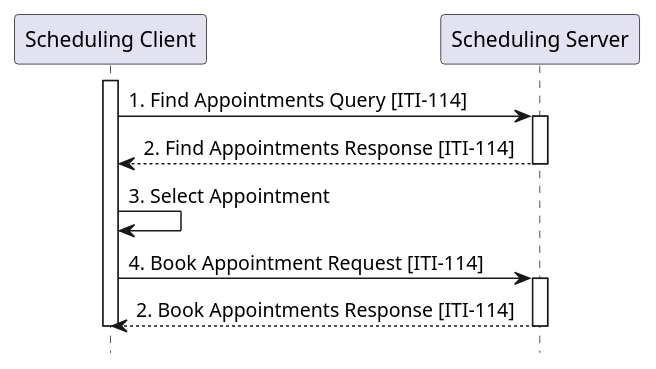
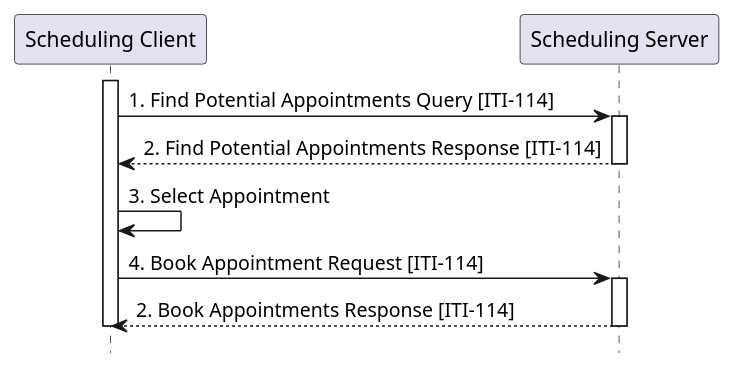
One commit to IHE/ITI.Scheduling changed the diagram in input/images-source/usecase1-processflow.plantuml. Above: the diagram before and after it, drawn with PlantUML. The commit also changed 7 other files, not shown here.

```diff
--- a/input/images-source/usecase1-processflow.plantuml
+++ b/input/images-source/usecase1-processflow.plantuml
@@ -1,23 +1,23 @@
 @startuml usecase1-processflow
 skinparam svgDimensionStyle false
 hide footbox
 
 participant "Scheduling Client" as Client
 participant "Scheduling Server" as Server
 
 activate "Client"
-"Client" -> "Server" : 1. Find Appointments Query [ITI-114]
+"Client" -> "Server" : 1. Find Potential Appointments Query [ITI-114]
 
 activate "Server"
-"Server" --> "Client" : 2. Find Appointments Response [ITI-114]
+"Server" --> "Client" : 2. Find Potential Appointments Response [ITI-114]
 deactivate "Server"
 
 "Client" -> "Client" : 3. Select Appointment
 "Client" -> "Server" : 4. Book Appointment Request [ITI-114]
 
 Activate "Server"
 "Server" --> "Client" : 2. Book Appointments Response [ITI-114]
 deactivate "Server"
 
 deactivate "Client"
 @enduml
```
